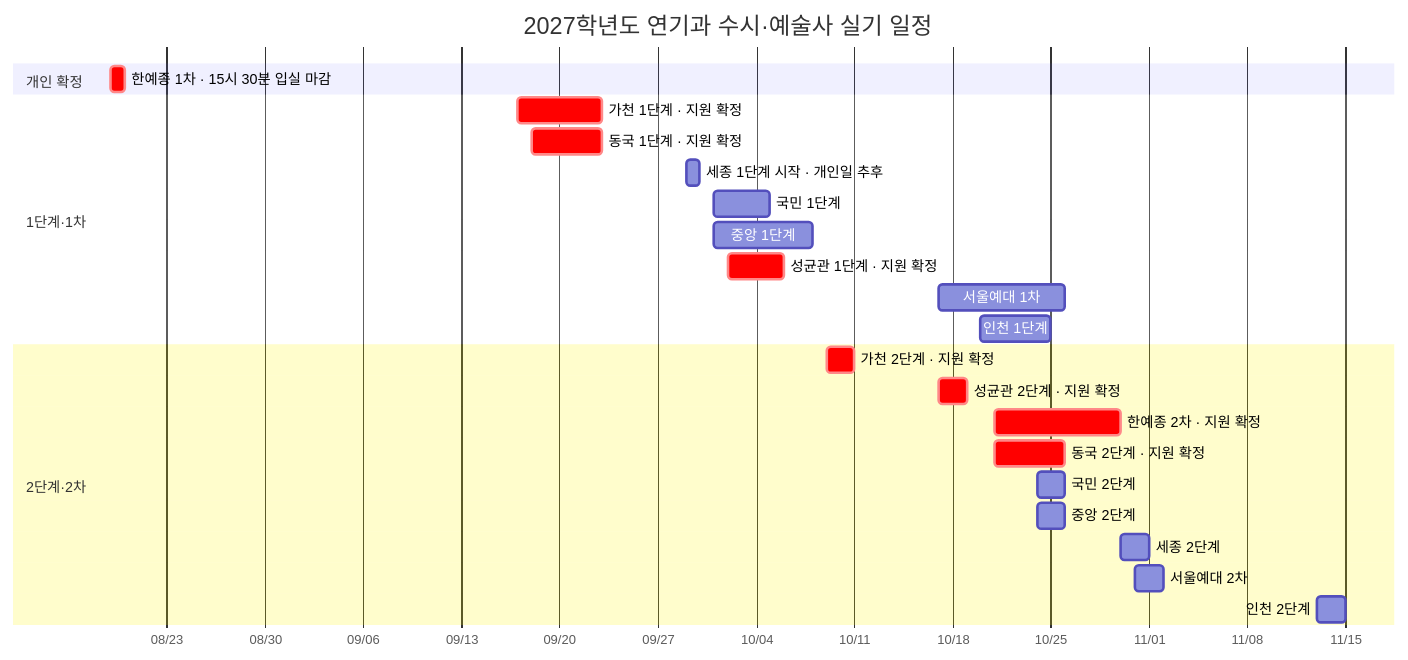
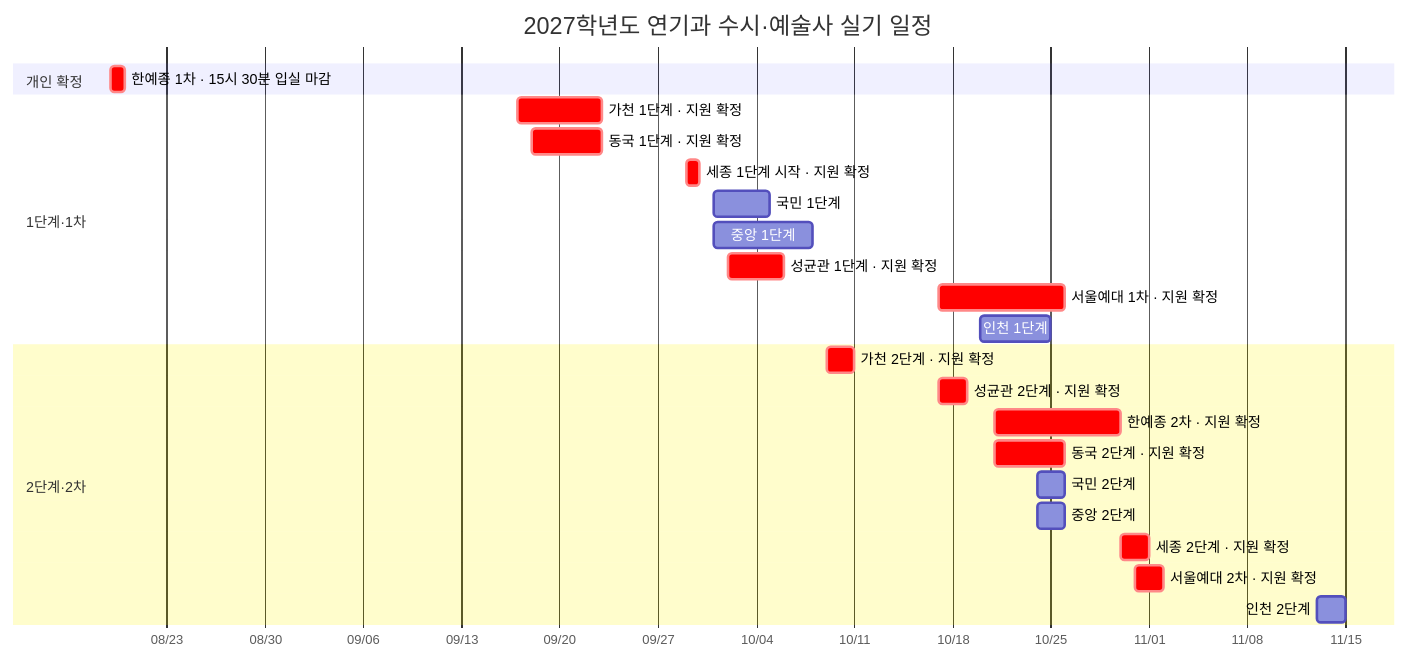
One commit to Aera0512/Base_ changed the diagram in 정리/입시/2027 연기과 시험 일정 그래프.md. Above: the diagram before and after it, drawn with Mermaid. The commit also changed other lines of this file and 1 other file, not shown here.

Commit message:
vault backup: 2026-08-04 19:00:40

````diff
--- a/정리/입시/2027 연기과 시험 일정 그래프.md
+++ b/정리/입시/2027 연기과 시험 일정 그래프.md
@@ -31,30 +31,30 @@
 ```mermaid
 gantt
     title 2027학년도 연기과 수시·예술사 실기 일정
     dateFormat  YYYY-MM-DD
     axisFormat  %m/%d
 
     section 개인 확정
     한예종 1차 · 15시 30분 입실 마감 :crit, karts1, 2026-08-19, 1d
 
     section 1단계·1차
     가천 1단계 · 지원 확정         :crit, gachon1, 2026-09-17, 2026-09-23
     동국 1단계 · 지원 확정         :crit, dongguk1, 2026-09-18, 2026-09-23
-    세종 1단계 시작 · 개인일 추후 :sejong1, 2026-09-29, 1d
+    세종 1단계 시작 · 지원 확정     :crit, sejong1, 2026-09-29, 1d
     국민 1단계                    :kookmin1, 2026-10-01, 2026-10-05
     중앙 1단계                    :cau1, 2026-10-01, 2026-10-08
     성균관 1단계 · 지원 확정       :crit, skku1, 2026-10-02, 2026-10-06
-    서울예대 1차                  :seoularts1, 2026-10-17, 2026-10-26
+    서울예대 1차 · 지원 확정        :crit, seoularts1, 2026-10-17, 2026-10-26
     인천 1단계                    :inu1, 2026-10-20, 2026-10-25
 
     section 2단계·2차
     가천 2단계 · 지원 확정         :crit, gachon2, 2026-10-09, 2026-10-11
     성균관 2단계 · 지원 확정       :crit, skku2, 2026-10-17, 2026-10-19
     한예종 2차 · 지원 확정         :crit, karts2, 2026-10-21, 2026-10-30
     동국 2단계 · 지원 확정         :crit, dongguk2, 2026-10-21, 2026-10-26
     국민 2단계                    :kookmin2, 2026-10-24, 2026-10-26
     중앙 2단계                    :cau2, 2026-10-24, 2026-10-26
-    세종 2단계                    :sejong2, 2026-10-30, 2026-11-01
-    서울예대 2차                  :seoularts2, 2026-10-31, 2026-11-02
+    세종 2단계 · 지원 확정          :crit, sejong2, 2026-10-30, 2026-11-01
+    서울예대 2차 · 지원 확정        :crit, seoularts2, 2026-10-31, 2026-11-02
     인천 2단계                    :inu2, 2026-11-13, 2026-11-15
 ```
````
